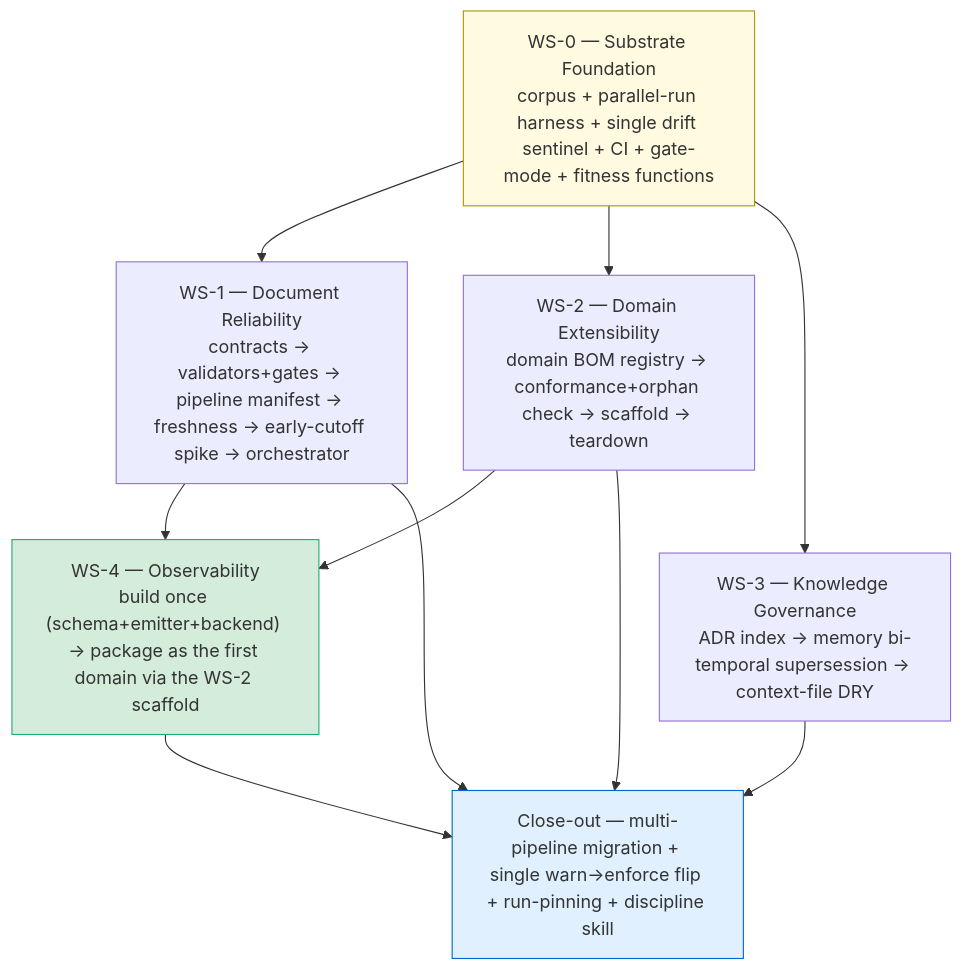
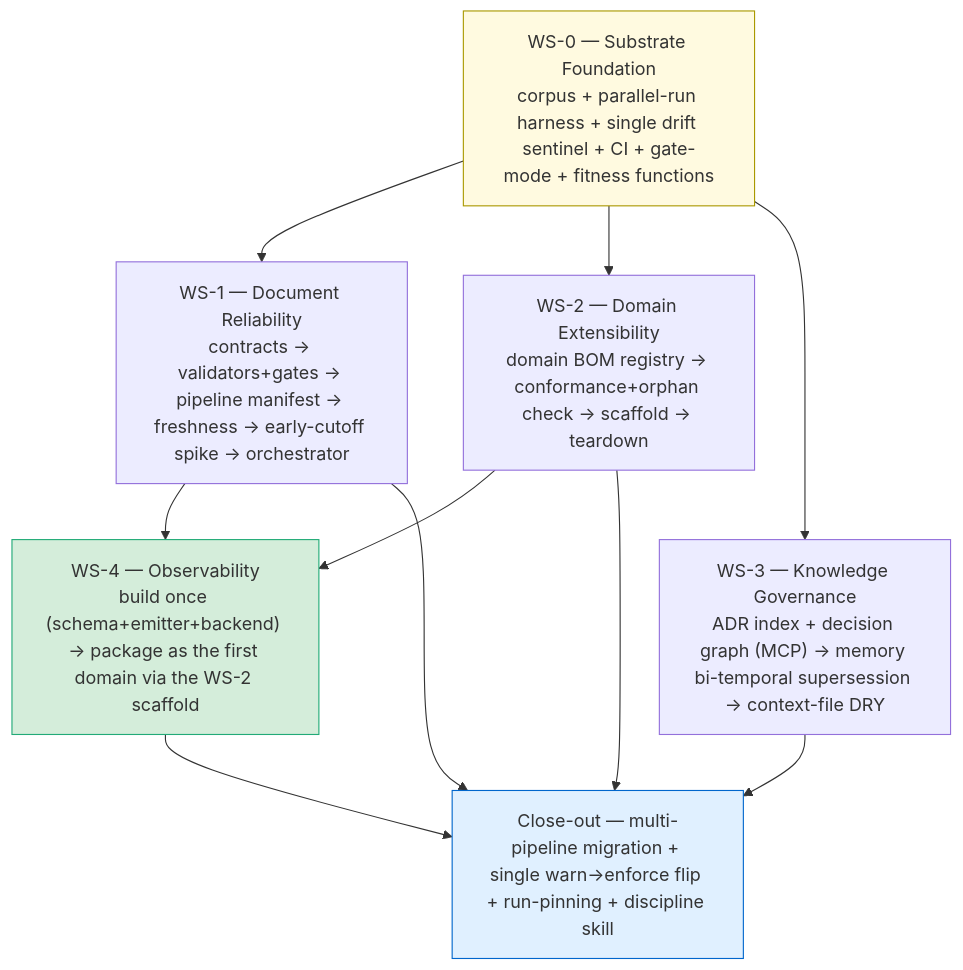
The second of 2 diagrams in implementation-plan.md (Josh-S-N2M/feature-pipeline), drawn with Mermaid before and after one commit. The commit also changed other lines of this file and 9 other files, not shown here.

First line of the commit message:
feat(governed-pipeline): Dynamic-Workflows orchestration + decision-graph design + review workflows

````diff
--- a/implementation-plan.md
+++ b/implementation-plan.md
@@ -90,21 +90,21 @@
 ```mermaid
 flowchart TD
     WS0["WS-0 — Substrate Foundation<br/>corpus + parallel-run harness + single drift sentinel + CI + gate-mode + fitness functions"]
     WS1["WS-1 — Document Reliability<br/>contracts → validators+gates → pipeline manifest → freshness → early-cutoff spike → orchestrator"]
     WS2["WS-2 — Domain Extensibility<br/>domain BOM registry → conformance+orphan check → scaffold → teardown"]
-    WS3["WS-3 — Knowledge Governance<br/>ADR index → memory bi-temporal supersession → context-file DRY"]
+    WS3["WS-3 — Knowledge Governance<br/>ADR index + decision graph (MCP) → memory bi-temporal supersession → context-file DRY"]
     WS4["WS-4 — Observability<br/>build once (schema+emitter+backend) → package as the first domain via the WS-2 scaffold"]
     CC["Close-out — multi-pipeline migration + single warn→enforce flip + run-pinning + discipline skill"]
     WS0 --> WS1
     WS0 --> WS2
     WS0 --> WS3
     WS1 --> WS4
     WS2 --> WS4
     WS1 --> CC
     WS2 --> CC
     WS3 --> CC
     WS4 --> CC
     style WS0 fill:#fffae0,stroke:#a90
     style WS4 fill:#d4edda,stroke:#2a7
     style CC fill:#e0f0ff,stroke:#06c
 ```
````
